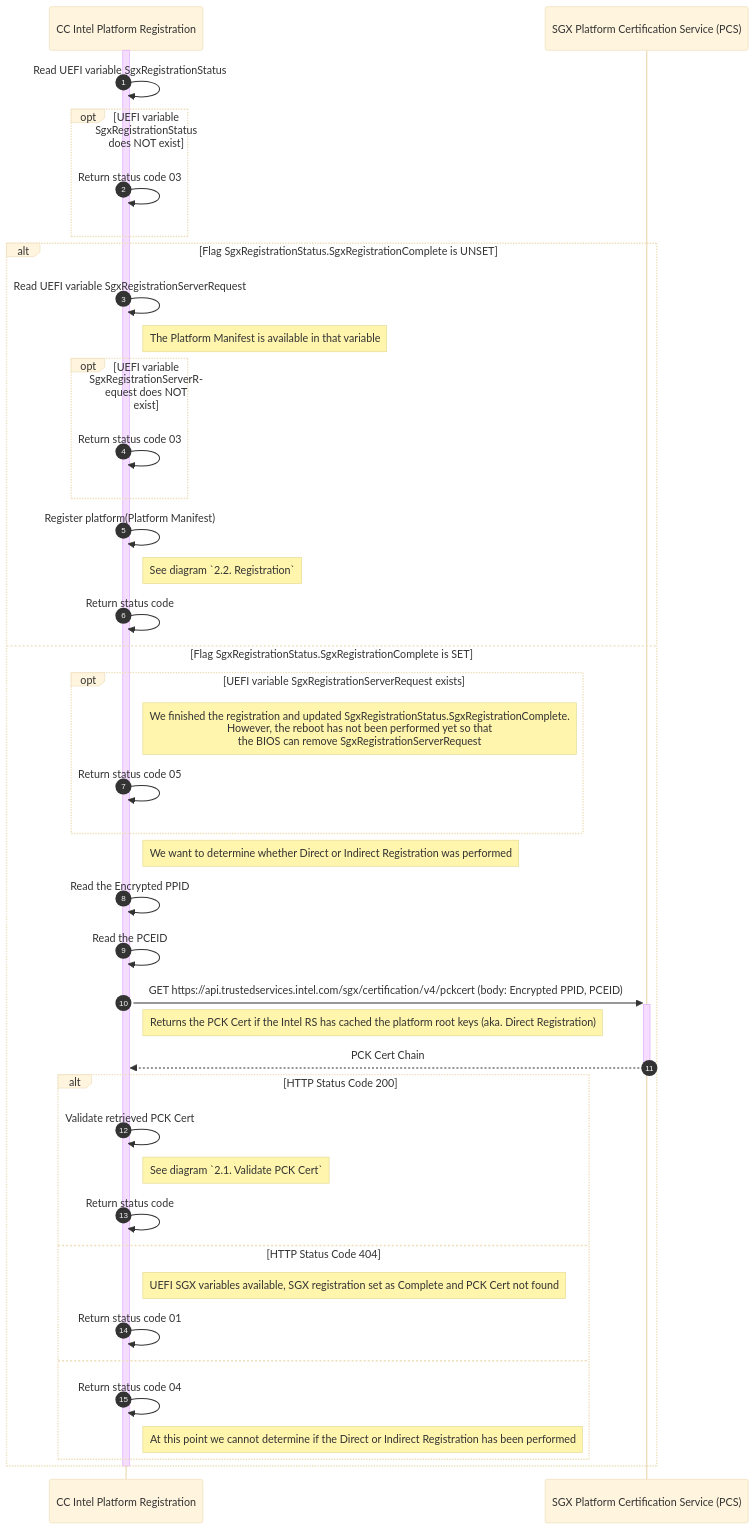
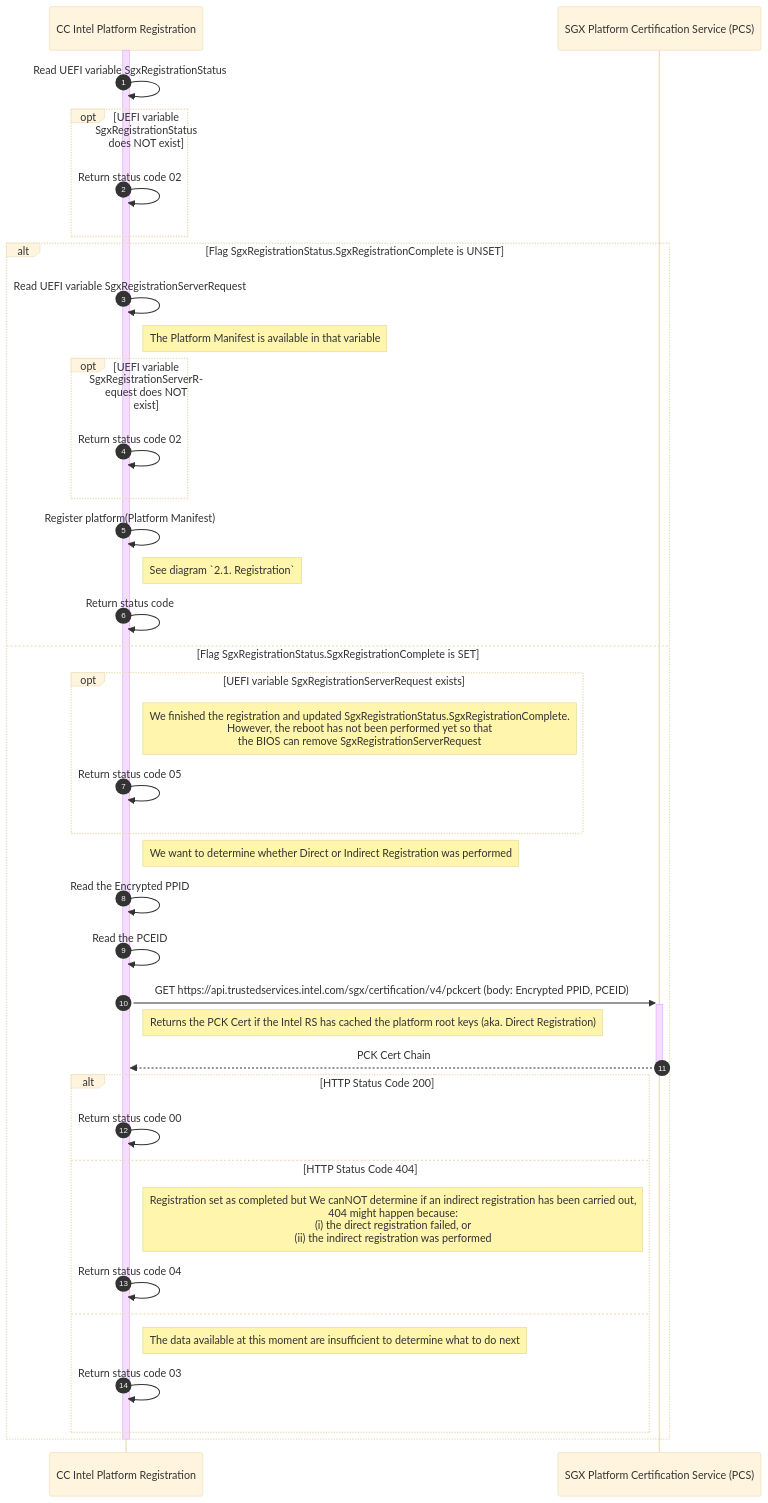
Before and after one commit to opensovereigncloud/cc-intel-platform-registration: the second of 3 diagrams in docs/sequence_diagrams/registration.md, drawn with Mermaid (base theme). The commit also changed other lines of this file, not shown here.

Commit message:
remove pck cert verification

````diff
--- a/docs/sequence_diagrams/registration.md
+++ b/docs/sequence_diagrams/registration.md
@@ -82,59 +82,56 @@
 ```mermaid
 sequenceDiagram
     participant cc_ipr as CC Intel Platform Registration
     participant pcs as SGX Platform Certification Service (PCS)
 
     autonumber
 
     activate cc_ipr
 
     cc_ipr->>cc_ipr: Read UEFI variable SgxRegistrationStatus
 
     opt UEFI variable SgxRegistrationStatus does NOT exist
-        cc_ipr->>cc_ipr: Return status code 03
+        cc_ipr->>cc_ipr: Return status code 02
     end
 
     alt Flag SgxRegistrationStatus.SgxRegistrationComplete is UNSET 
         cc_ipr->>cc_ipr: Read UEFI variable SgxRegistrationServerRequest
         note right of cc_ipr: The Platform Manifest is available in that variable
 
         opt UEFI variable SgxRegistrationServerRequest does NOT exist
-            cc_ipr->>cc_ipr: Return status code 03
+            cc_ipr->>cc_ipr: Return status code 02
         end
 
         cc_ipr->>cc_ipr: Register platform(Platform Manifest)
-        note right of cc_ipr: See diagram `2.2. Registration`
+        note right of cc_ipr: See diagram `2.1. Registration`
 
         cc_ipr->>cc_ipr: Return status code
 
     else Flag SgxRegistrationStatus.SgxRegistrationComplete is SET
         opt UEFI variable SgxRegistrationServerRequest exists
             note right of cc_ipr: We finished the registration and updated SgxRegistrationStatus.SgxRegistrationComplete.<br> However, the reboot has not been performed yet so that<br> the BIOS can remove SgxRegistrationServerRequest
             cc_ipr->>cc_ipr: Return status code 05
         end
 
         note right of cc_ipr: We want to determine whether Direct or Indirect Registration was performed
         cc_ipr->>cc_ipr: Read the Encrypted PPID
 
         cc_ipr->>cc_ipr: Read the PCEID
 
         cc_ipr->>+pcs: GET https://api.trustedservices.intel.com/sgx/certification/v4/pckcert (body: Encrypted PPID, PCEID)
             note right of cc_ipr: Returns the PCK Cert if the Intel RS has cached the platform root keys (aka. Direct Registration)
         pcs-->>-cc_ipr: PCK Cert Chain
 
         alt HTTP Status Code 200
-            cc_ipr->>cc_ipr: Validate retrieved PCK Cert
-            note right of cc_ipr: See diagram `2.1. Validate PCK Cert`
-
-            cc_ipr->>cc_ipr: Return status code
+            cc_ipr->>cc_ipr: Return status code 00
         else HTTP Status Code 404
-            note right of cc_ipr: UEFI SGX variables available, SGX registration set as Complete and PCK Cert not found
-            cc_ipr->>cc_ipr: Return status code 01
+            note right of cc_ipr: Registration set as completed but We canNOT determine if an indirect registration has been carried out,<br> 404 might happen because:<br> (i) the direct registration failed, or<br> (ii) the indirect registration was performed
+            cc_ipr->>cc_ipr: Return status code 04
         else
-            cc_ipr->>cc_ipr: Return status code 04
-            note right of cc_ipr: At this point we cannot determine if the Direct or Indirect Registration has been performed
+            note right of cc_ipr: The data available at this moment are insufficient to determine what to do next
+            cc_ipr->>cc_ipr: Return status code 03
         end     
     end
 
     deactivate cc_ipr
 ```
````
